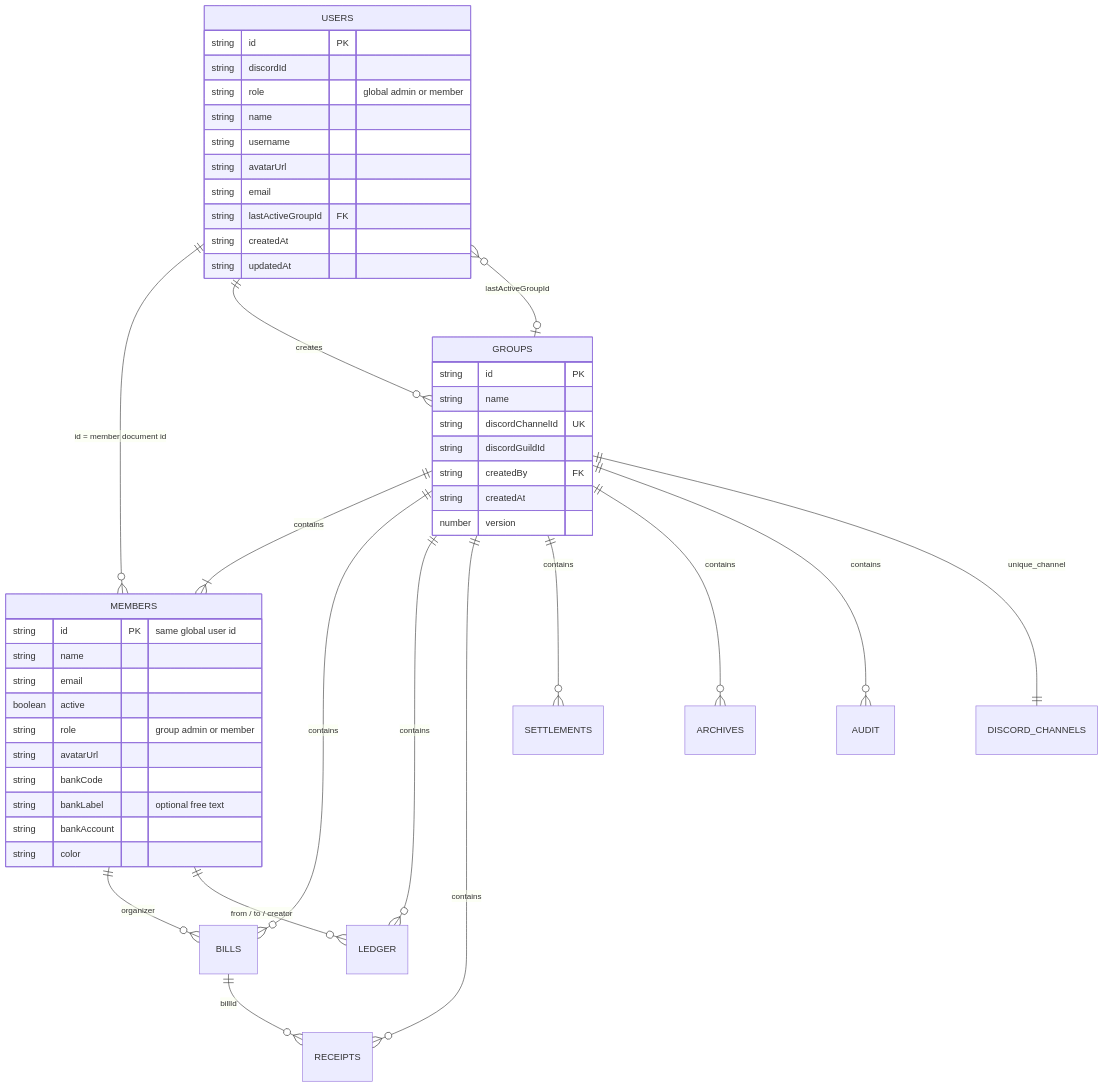
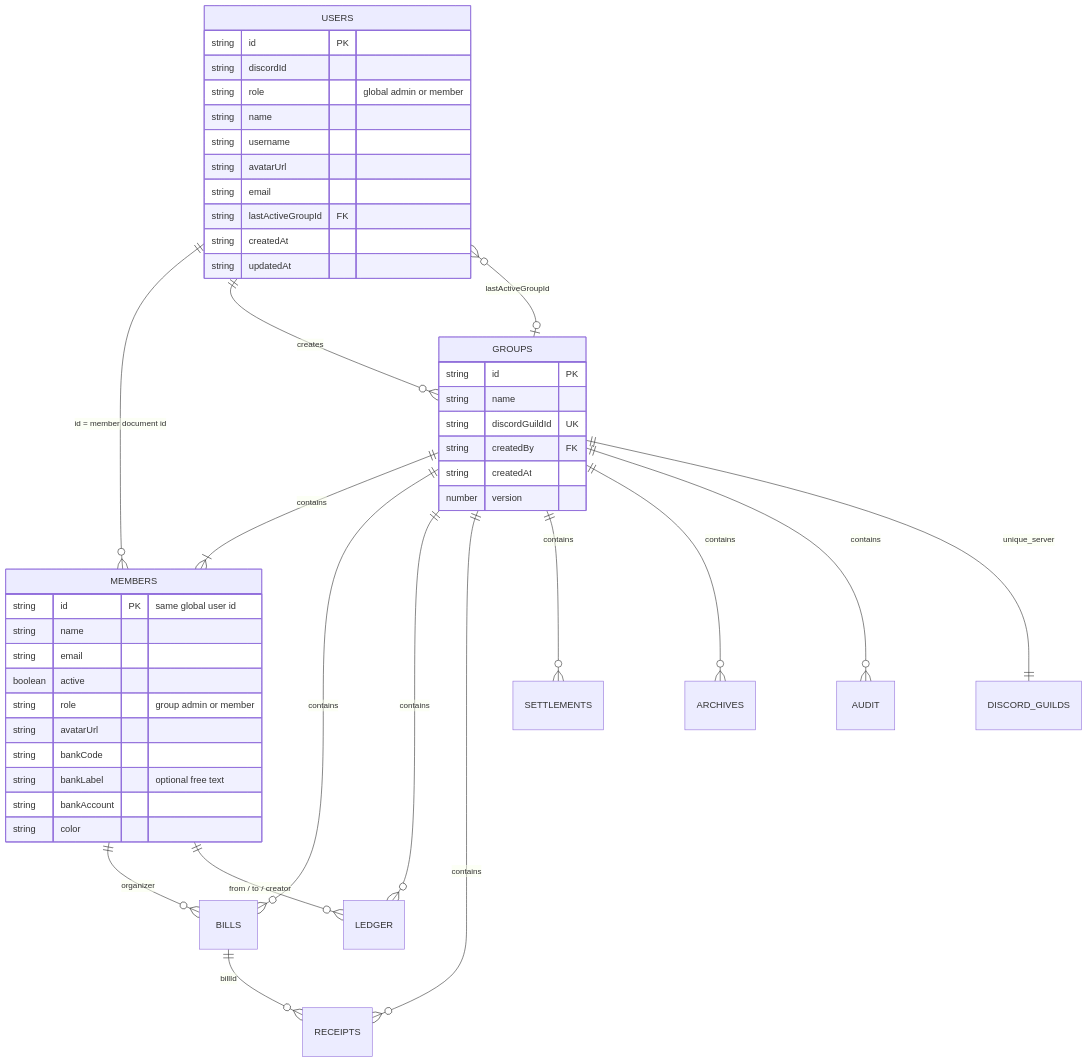
The second of 2 diagrams in docs/integrations.md (dqhieuu/split-food-bill), drawn with Mermaid before and after one commit. The commit also changed other lines of this file and 26 other files, not shown here.

````diff
--- a/docs/integrations.md
+++ b/docs/integrations.md
@@ -39,50 +39,49 @@
 ```mermaid
 erDiagram
     USERS ||--o{ MEMBERS : "id = member document id"
     USERS ||--o{ GROUPS : creates
     USERS }o--o| GROUPS : lastActiveGroupId
     GROUPS ||--|{ MEMBERS : contains
     GROUPS ||--o{ BILLS : contains
     GROUPS ||--o{ LEDGER : contains
     GROUPS ||--o{ RECEIPTS : contains
     GROUPS ||--o{ SETTLEMENTS : contains
     GROUPS ||--o{ ARCHIVES : contains
     GROUPS ||--o{ AUDIT : contains
-    GROUPS ||--|| DISCORD_CHANNELS : unique_channel
+    GROUPS ||--|| DISCORD_GUILDS : unique_server
     MEMBERS ||--o{ BILLS : organizer
     MEMBERS ||--o{ LEDGER : "from / to / creator"
     BILLS ||--o{ RECEIPTS : billId
     USERS {
         string id PK
         string discordId
         string role "global admin or member"
         string name
         string username
         string avatarUrl
         string email
         string lastActiveGroupId FK
         string createdAt
         string updatedAt
     }
     GROUPS {
         string id PK
         string name
-        string discordChannelId UK
-        string discordGuildId
+        string discordGuildId UK
         string createdBy FK
         string createdAt
         number version
     }
     MEMBERS {
         string id PK "same global user id"
         string name
         string email
         boolean active
         string role "group admin or member"
         string avatarUrl
         string bankCode
         string bankLabel "optional free text"
         string bankAccount
         string color
     }
 ```
````
